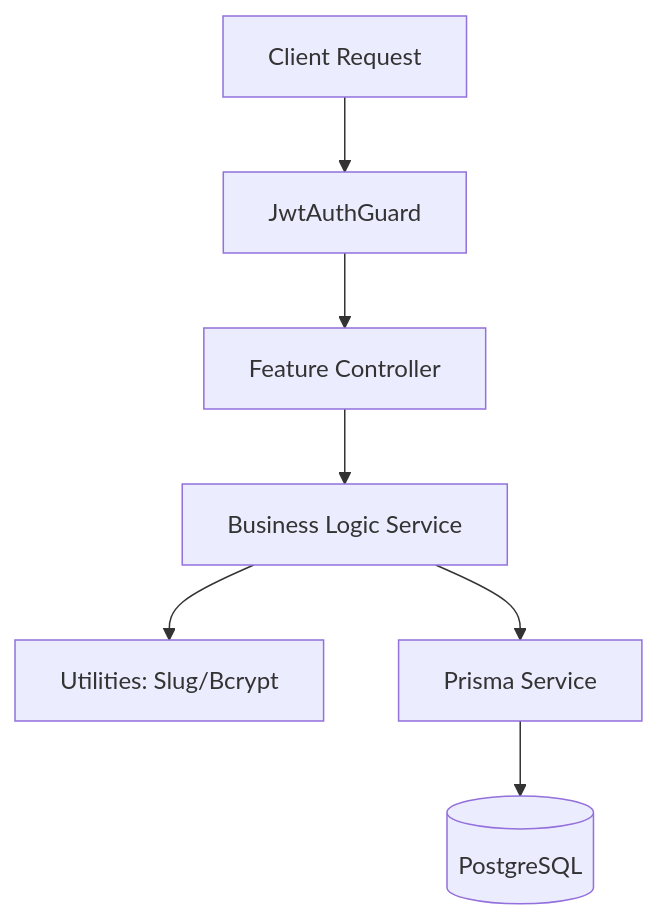
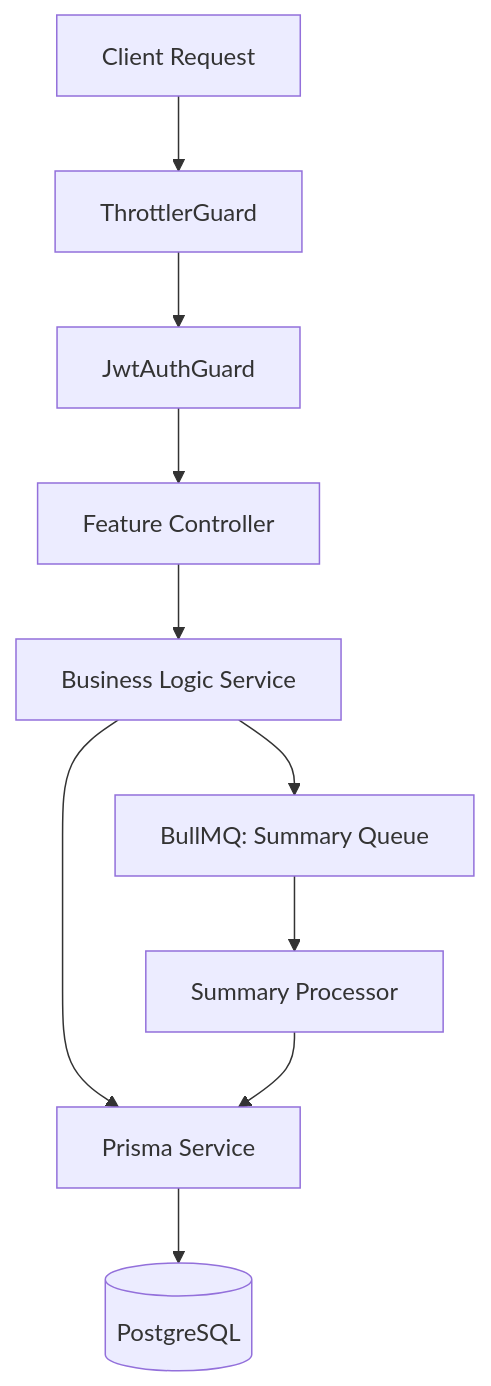
Before and after one commit to priyanshu14077/rival: the first of 2 diagrams in backend/README.md, drawn with Mermaid. The commit also changed other lines of this file and 21 other files, not shown here.

````diff
--- a/backend/README.md
+++ b/backend/README.md
@@ -35,9 +39,12 @@
 ```mermaid
 graph TD
-    Client[Client Request] --> AuthGuard[JwtAuthGuard]
+    Client[Client Request] --> Throttler[ThrottlerGuard]
+    Throttler --> AuthGuard[JwtAuthGuard]
     AuthGuard --> Controller[Feature Controller]
     Controller --> Service[Business Logic Service]
-    Service --> Utils[Utilities: Slug/Bcrypt]
+    Service --> Queue[BullMQ: Summary Queue]
     Service --> Prisma[Prisma Service]
+    Queue --> Worker[Summary Processor]
+    Worker --> Prisma
     Prisma --> DB[(PostgreSQL)]
 ```
````
